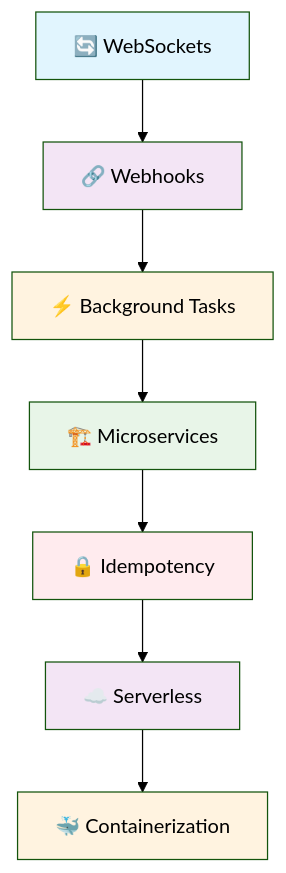
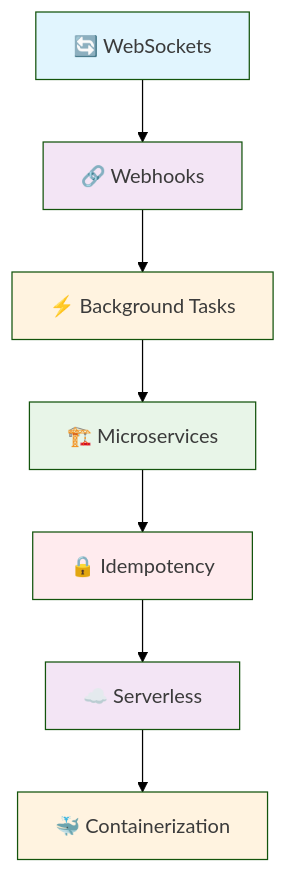
Before and after one commit to ridwanspace/restful-fastapi-guideline: the diagram in app/docs/04_advanced/page.mdx, drawn with Mermaid (forest theme). The commit also changed 6 other files, not shown here.

First line of the commit message:
💄 style(docs): enhance graph readability with text color

````diff
--- a/app/docs/04_advanced/page.mdx
+++ b/app/docs/04_advanced/page.mdx
@@ -31,17 +31,17 @@
 ```mermaid
 graph TD
     A[🔄 WebSockets] --> B[🔗 Webhooks]
     B --> C[⚡ Background Tasks]
     C --> D[🏗️ Microservices]
     D --> E[🔒 Idempotency]
     E --> F[☁️ Serverless]
     F --> G[🐳 Containerization]
     
-    style A fill:#e1f5fe
-    style B fill:#f3e5f5
-    style C fill:#fff3e0
-    style D fill:#e8f5e8
-    style E fill:#ffebee
-    style F fill:#f3e5f5
-    style G fill:#fff3e0
+    style A fill:#e1f5fe,color:#3b3b3b
+    style B fill:#f3e5f5,color:#3b3b3b
+    style C fill:#fff3e0,color:#3b3b3b
+    style D fill:#e8f5e8,color:#3b3b3b
+    style E fill:#ffebee,color:#3b3b3b
+    style F fill:#f3e5f5,color:#3b3b3b
+    style G fill:#fff3e0,color:#3b3b3b
 ```
````
